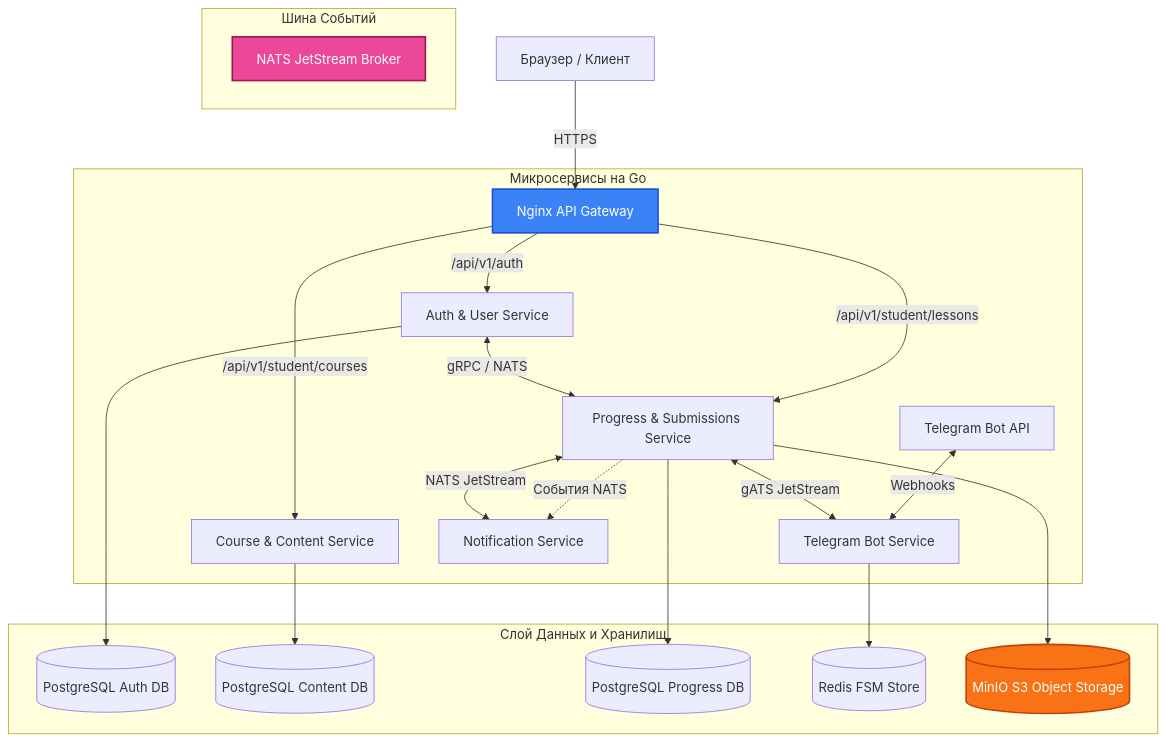
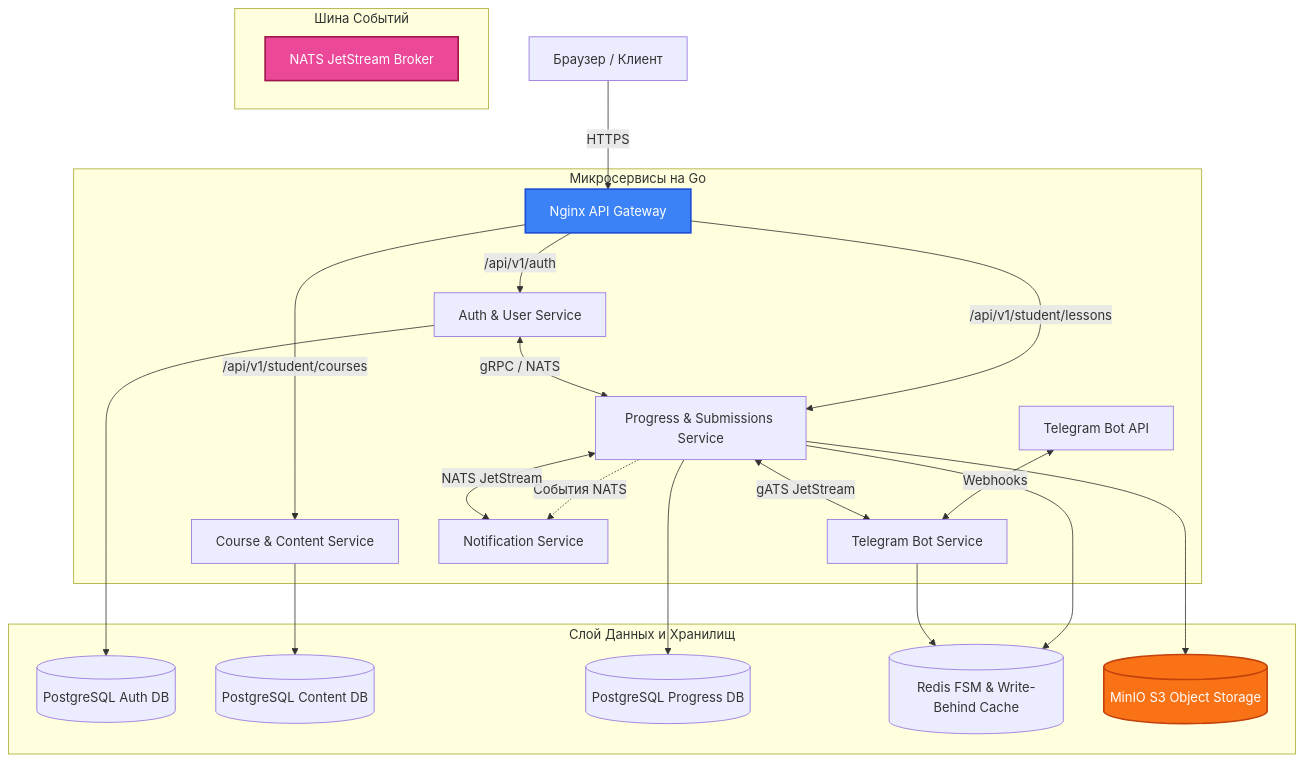
One commit to mathalama/mathalama.edu changed the third of 6 diagrams in docs/ПРОЕКТ_MATHALAMAEDU.md. Above: the diagram before and after it, drawn with Mermaid. The commit also changed other lines of this file and 3 other files, not shown here.

Commit message:
feat: implement Progress Write-Behind Cache architectural standards and docker-compose

````diff
--- a/docs/ПРОЕКТ_MATHALAMAEDU.md
+++ b/docs/ПРОЕКТ_MATHALAMAEDU.md
@@ -72,32 +72,33 @@
 ```mermaid
 graph TD
     Client[Браузер / Клиент] -->|HTTPS| Gateway[Nginx API Gateway]
     
     subgraph Microservices [Микросервисы на Go]
         Gateway -->|/api/v1/auth| AuthServ[Auth & User Service]
         Gateway -->|/api/v1/student/courses| ContentServ[Course & Content Service]
         Gateway -->|/api/v1/student/lessons| ProgressServ[Progress & Submissions Service]
         
         TG_API[Telegram Bot API] <-->|Webhooks| TG_Serv[Telegram Bot Service]
         ProgressServ -.->|События NATS| NotificationServ[Notification Service]
     end
 
     subgraph EventMesh [Шина Событий]
         AuthServ <-->|gRPC / NATS| ProgressServ
         ProgressServ <-->|gATS JetStream| TG_Serv
         ProgressServ <-->|NATS JetStream| NotificationServ
         NATS[NATS JetStream Broker]
     end
 
     subgraph StorageLayer [Слой Данных и Хранилищ]
         AuthServ --> AuthDB[(PostgreSQL Auth DB)]
         ContentServ --> ContentDB[(PostgreSQL Content DB)]
         ProgressServ --> ProgressDB[(PostgreSQL Progress DB)]
-        TG_Serv --> Redis[(Redis FSM Store)]
+        ProgressServ --> Redis[(Redis FSM & Write-Behind Cache)]
+        TG_Serv --> Redis
         ProgressServ --> MinIO[(MinIO S3 Object Storage)]
     end
 
     style Gateway fill:#3B82F6,stroke:#1D4ED8,stroke-width:2px,color:#fff
     style NATS fill:#EC4899,stroke:#9D174D,stroke-width:2px,color:#fff
     style MinIO fill:#F97316,stroke:#C2410C,stroke-width:2px,color:#fff
 ```
````
